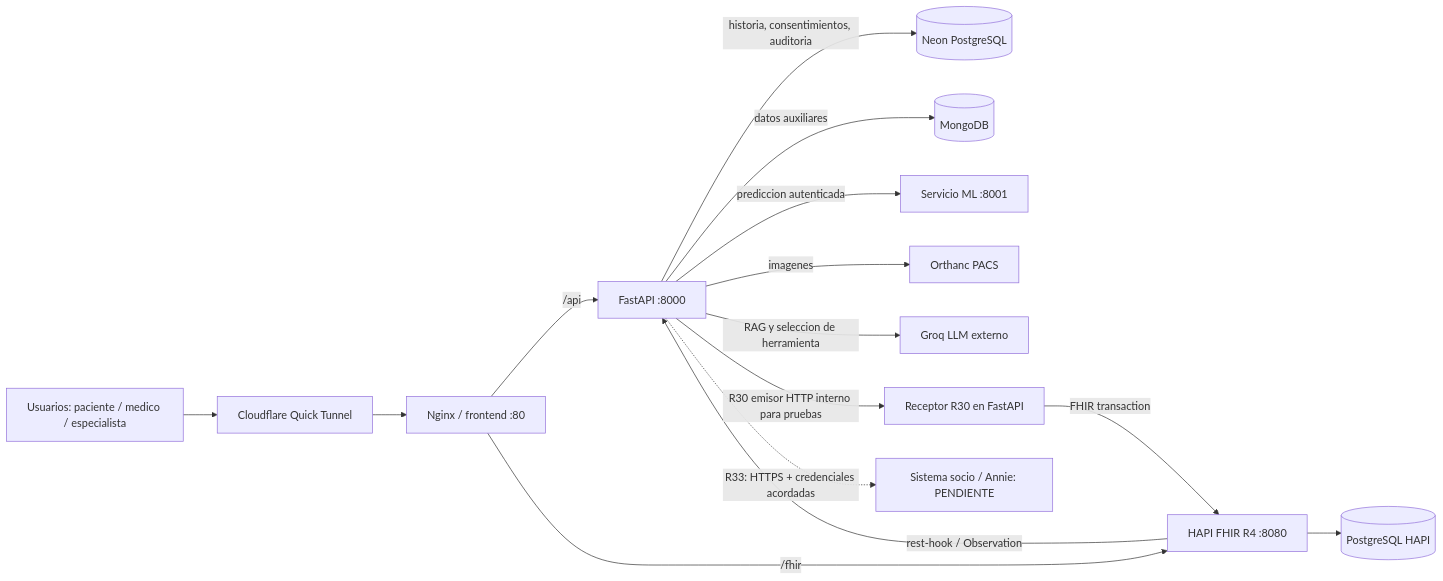
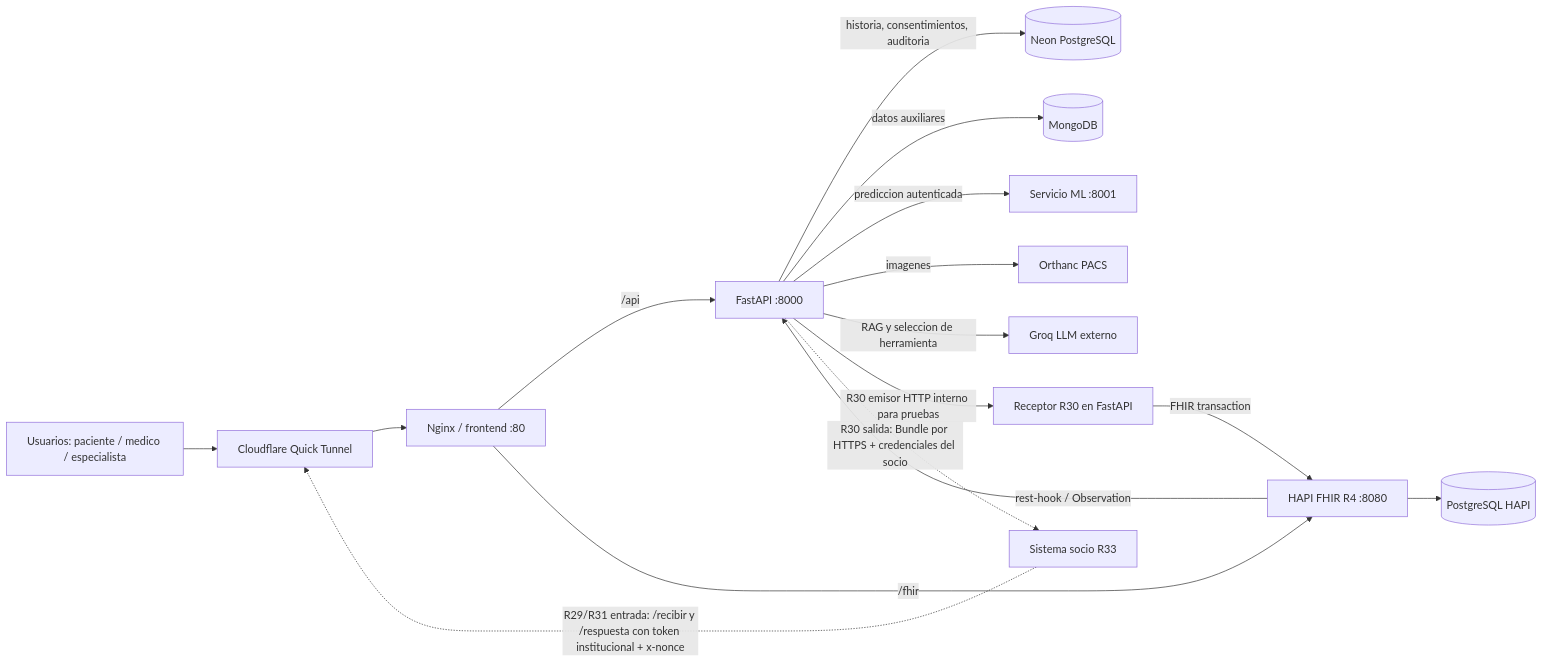
The fourth of 6 diagrams in README.md (nataliap2005/proyecto-triage), drawn with Mermaid before and after one commit. The commit also changed other lines of this file and 7 other files, not shown here.

````diff
--- a/README.md
+++ b/README.md
@@ -250,17 +250,18 @@
 ```mermaid
 flowchart LR
   U[Usuarios: paciente / medico / especialista] --> T[Cloudflare Quick Tunnel]
   T --> N[Nginx / frontend :80]
   N -->|/api| A[FastAPI :8000]
   N -->|/fhir| H[HAPI FHIR R4 :8080]
   A -->|historia, consentimientos, auditoria| P[(Neon PostgreSQL)]
   A -->|datos auxiliares| M[(MongoDB)]
   A -->|prediccion autenticada| ML[Servicio ML :8001]
   A -->|imagenes| O[Orthanc PACS]
   A -->|RAG y seleccion de herramienta| G[Groq LLM externo]
   A -->|R30 emisor HTTP interno para pruebas| RX[Receptor R30 en FastAPI]
   RX -->|FHIR transaction| H
   H --> HP[(PostgreSQL HAPI)]
   H -->|rest-hook / Observation| A
-  A -.->|R33: HTTPS + credenciales acordadas| SOCIO[Sistema socio / Annie: PENDIENTE]
+  A -.->|R30 salida: Bundle por HTTPS + credenciales del socio| SOCIO[Sistema socio R33]
+  SOCIO -.->|R29/R31 entrada: /recibir y /respuesta con token institucional + x-nonce| T
 ```
````
